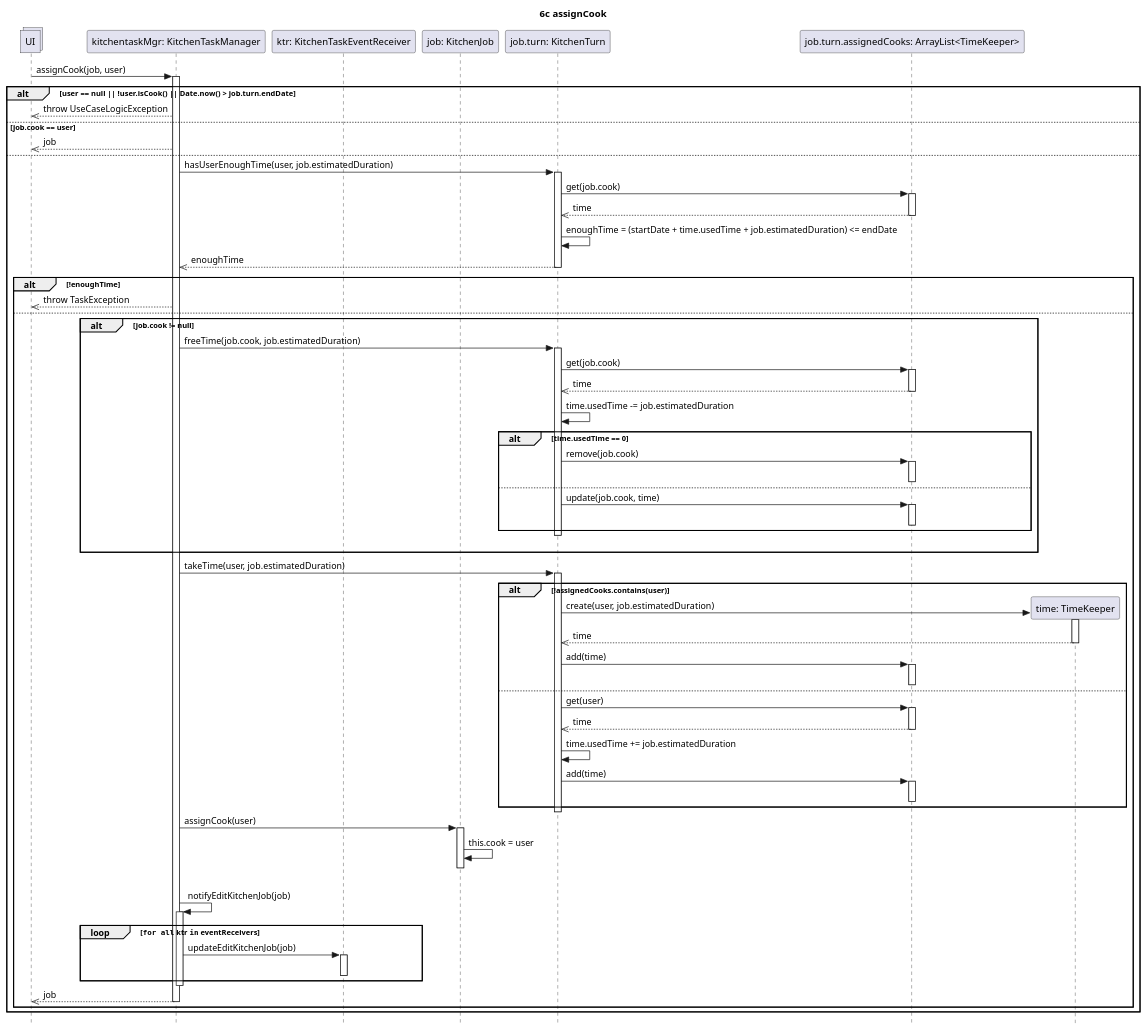
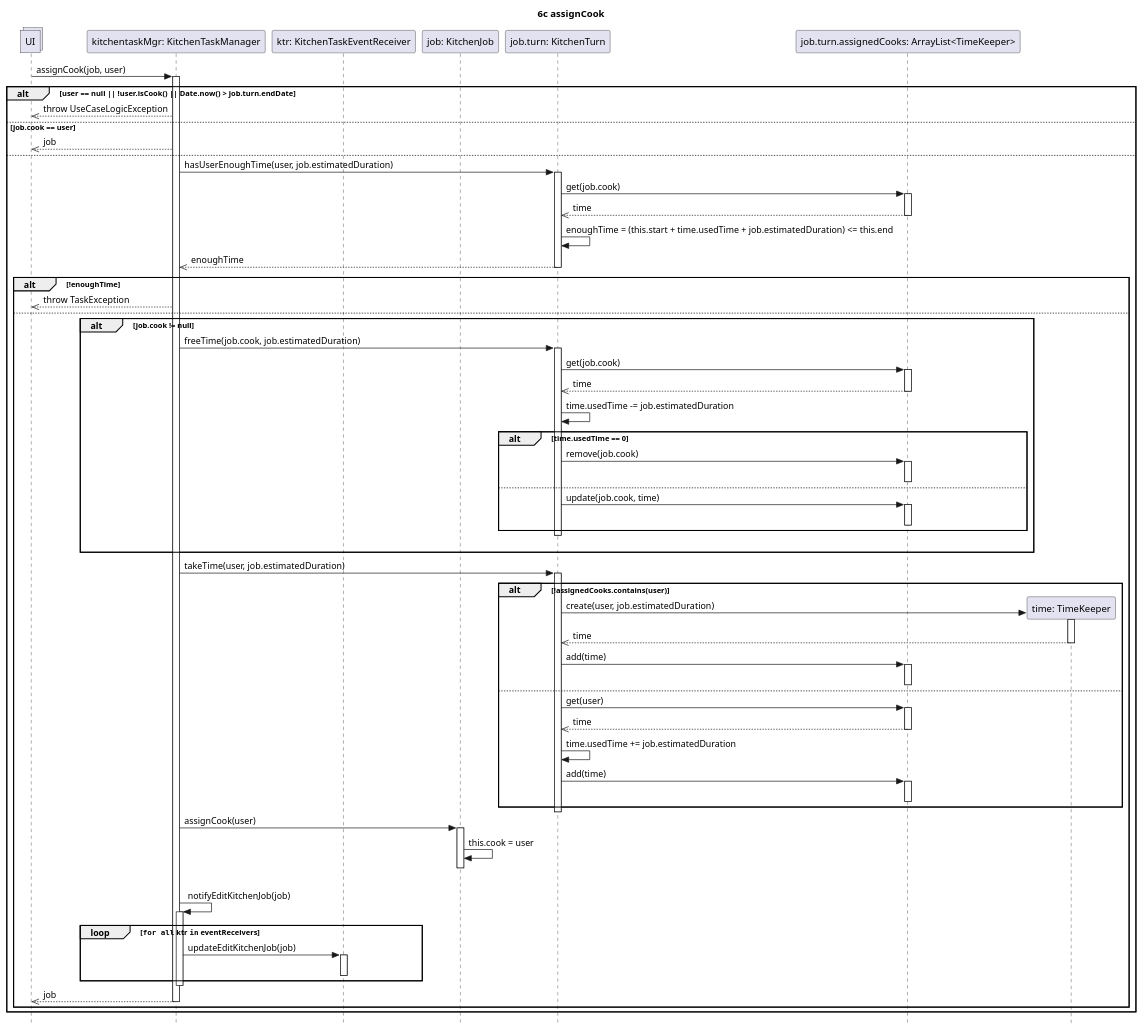
One commit to stefa168/sas-project changed the diagram in UP/Progettazione/UC Gestire Compiti Cucina/DSD/DSD Operazione 6c.puml. Above: the diagram before and after it, drawn with PlantUML. The commit also changed 1 other file, not shown here.

Commit message:
Corrette mancanze ed errori di MacroEvent; Spostate delle date ridondanti da KitchenTurn a Turn

```diff
--- a/UP/Progettazione/UC Gestire Compiti Cucina/DSD/DSD Operazione 6c.puml
+++ b/UP/Progettazione/UC Gestire Compiti Cucina/DSD/DSD Operazione 6c.puml
@@ -1,110 +1,110 @@
 @startuml
 skinparam Style strictuml
 
 title 6c assignCook
 
 collections UI
 
 participant "kitchentaskMgr: KitchenTaskManager" as ktm
 participant "ktr: KitchenTaskEventReceiver" as ktr
 participant "job: KitchenJob" as job
 participant "job.turn: KitchenTurn" as turn
 participant "job.turn.assignedCooks: ArrayList<TimeKeeper>" as cooks
 
 UI -> ktm: assignCook(job, user)
 activate ktm
 alt user == null || !user.isCook() || Date.now() > job.turn.endDate
     UI <<-- ktm: throw UseCaseLogicException
 else job.cook == user
     UI <<-- ktm: job
 else
     ktm -> turn: hasUserEnoughTime(user, job.estimatedDuration)
     activate turn
 
     turn -> cooks: get(job.cook)
     activate cooks
     turn <<--cooks: time
     deactivate cooks
 
-    turn -> turn: enoughTime = (startDate + time.usedTime + job.estimatedDuration) <= endDate
+    turn -> turn: enoughTime = (this.start + time.usedTime + job.estimatedDuration) <= this.end
 
     ktm <<-- turn: enoughTime
     deactivate turn
 
     alt !enoughTime
         UI <<-- ktm: throw TaskException
     else
         alt job.cook != null
             ktm -> turn: freeTime(job.cook, job.estimatedDuration)
             activate turn
             turn -> cooks: get(job.cook)
             activate cooks
             turn <<-- cooks: time
             deactivate cooks
 
             turn -> turn: time.usedTime -= job.estimatedDuration
 
             ' se per caso liberando del tempo ci accorgiamo che il TimeKeeper è vuoto, cancelliamolo.
             alt time.usedTime == 0
                 turn -> cooks: remove(job.cook)
                 activate cooks
                 deactivate cooks
             ' altrimenti aggiorniamo il tempo.
             else
                 turn -> cooks: update(job.cook, time)
                 activate cooks
                 deactivate cooks
             end
             deactivate turn
             |||
         end
 
         ktm -> turn: takeTime(user, job.estimatedDuration)
         activate turn
 
         participant "time: TimeKeeper" as newTime
 
         ' potrebbe trattarsi del primo incarico assegnato all cuoco in questo turno.
         alt !assignedCooks.contains(user)
             turn -> newTime**: create(user, job.estimatedDuration)
             activate newTime
             turn <<-- newTime: time
             deactivate newTime
 
             turn -> cooks: add(time)
             activate cooks
             deactivate cooks
         else
             turn -> cooks: get(user)
             activate cooks
             turn <<-- cooks: time
             deactivate cooks
             turn -> turn: time.usedTime += job.estimatedDuration
 
             turn -> cooks: add(time)
             activate cooks
             deactivate cooks
         end
         deactivate turn
 
         ktm -> job: assignCook(user)
         activate job
         job -> job: this.cook = user
         ktm <[hidden]-- job:
         deactivate job
 
         |||
         ktm -> ktm: notifyEditKitchenJob(job)
         activate ktm
         loop ""for all"" ktr ""in"" eventReceivers
             ktm -> ktr : updateEditKitchenJob(job)
             activate ktr
             deactivate ktr
         end
         deactivate ktm
 
         UI <<-- ktm: job
         deactivate ktm
         end
 end
 @enduml
```
